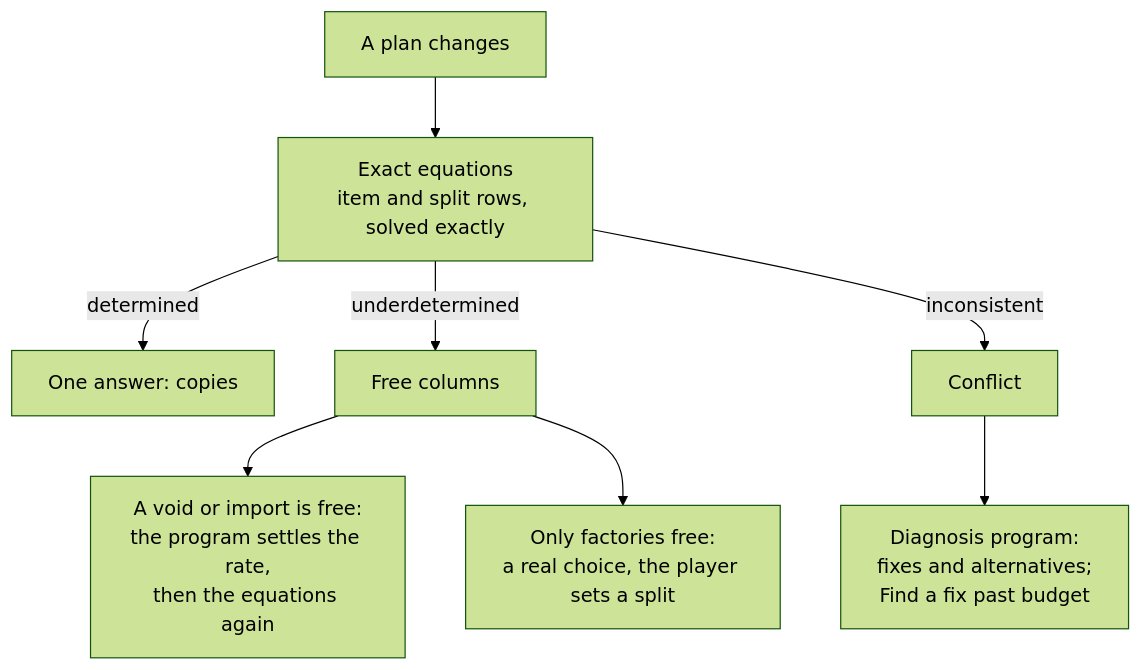
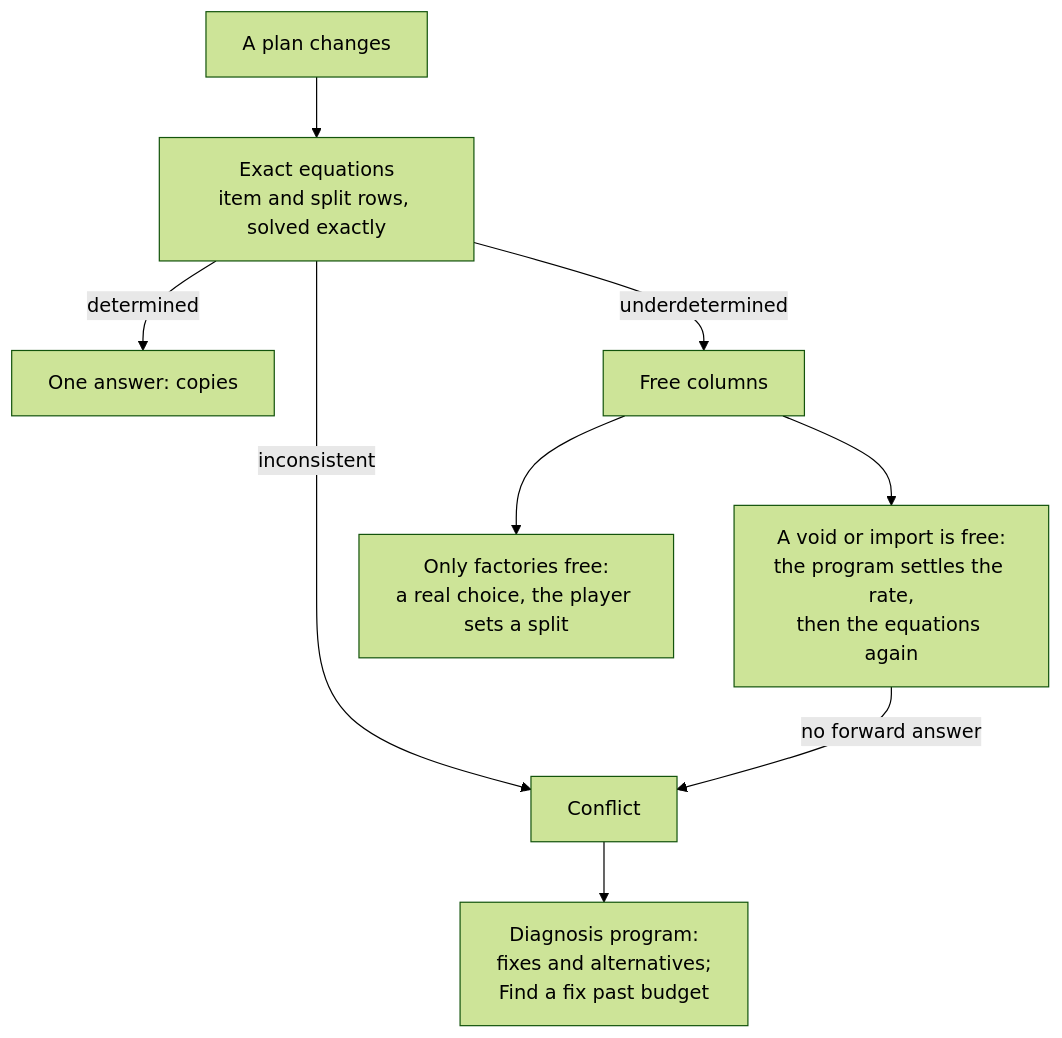
The diagram in docs/solver.md (alsaril/stoich), drawn with Mermaid (forest theme) before and after one commit. The commit also changed other lines of this file and 28 other files, not shown here.

````diff
--- a/docs/solver.md
+++ b/docs/solver.md
@@ -28,10 +28,11 @@
 ```mermaid
 flowchart TD
   change[A plan changes] --> eq[Exact equations<br/>item and split rows, solved exactly]
   eq -- determined --> exact[One answer: copies]
   eq -- underdetermined --> free[Free columns]
   eq -- inconsistent --> conflict[Conflict]
   free --> settle[A void or import is free:<br/>the program settles the rate,<br/>then the equations again]
+  settle -- no forward answer --> conflict
   free --> choice[Only factories free:<br/>a real choice, the player sets a split]
   conflict --> diag[Diagnosis program:<br/>fixes and alternatives;<br/>Find a fix past budget]
 ```
````
